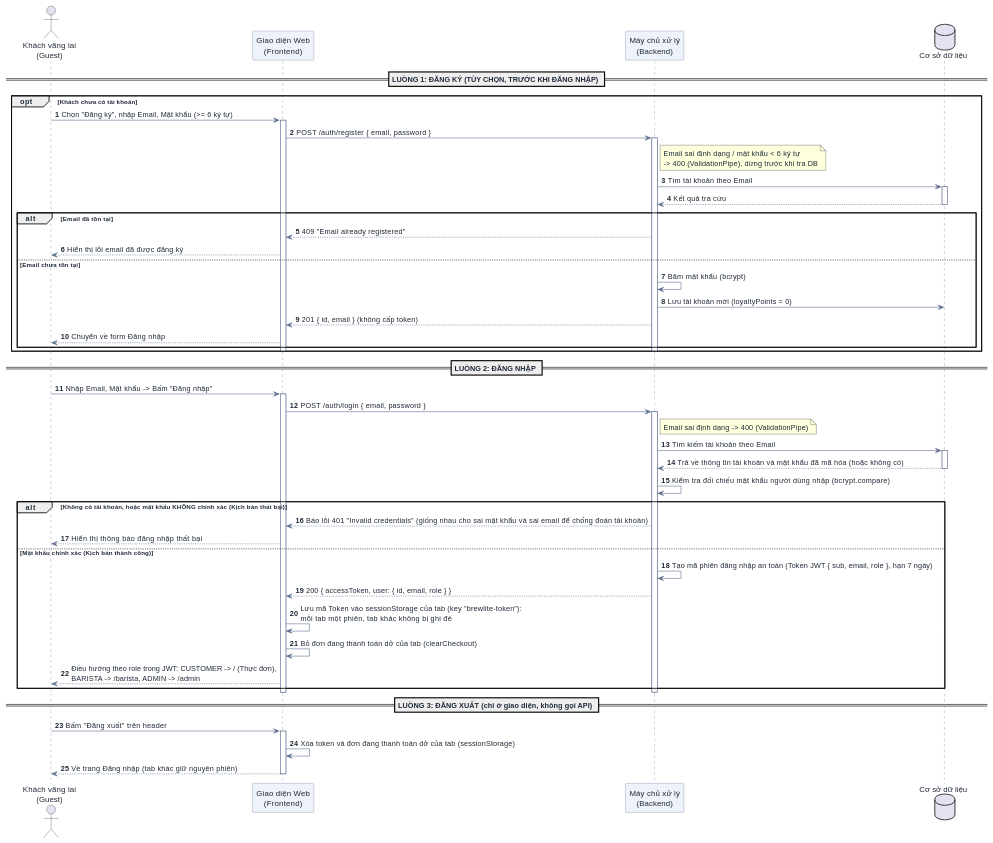
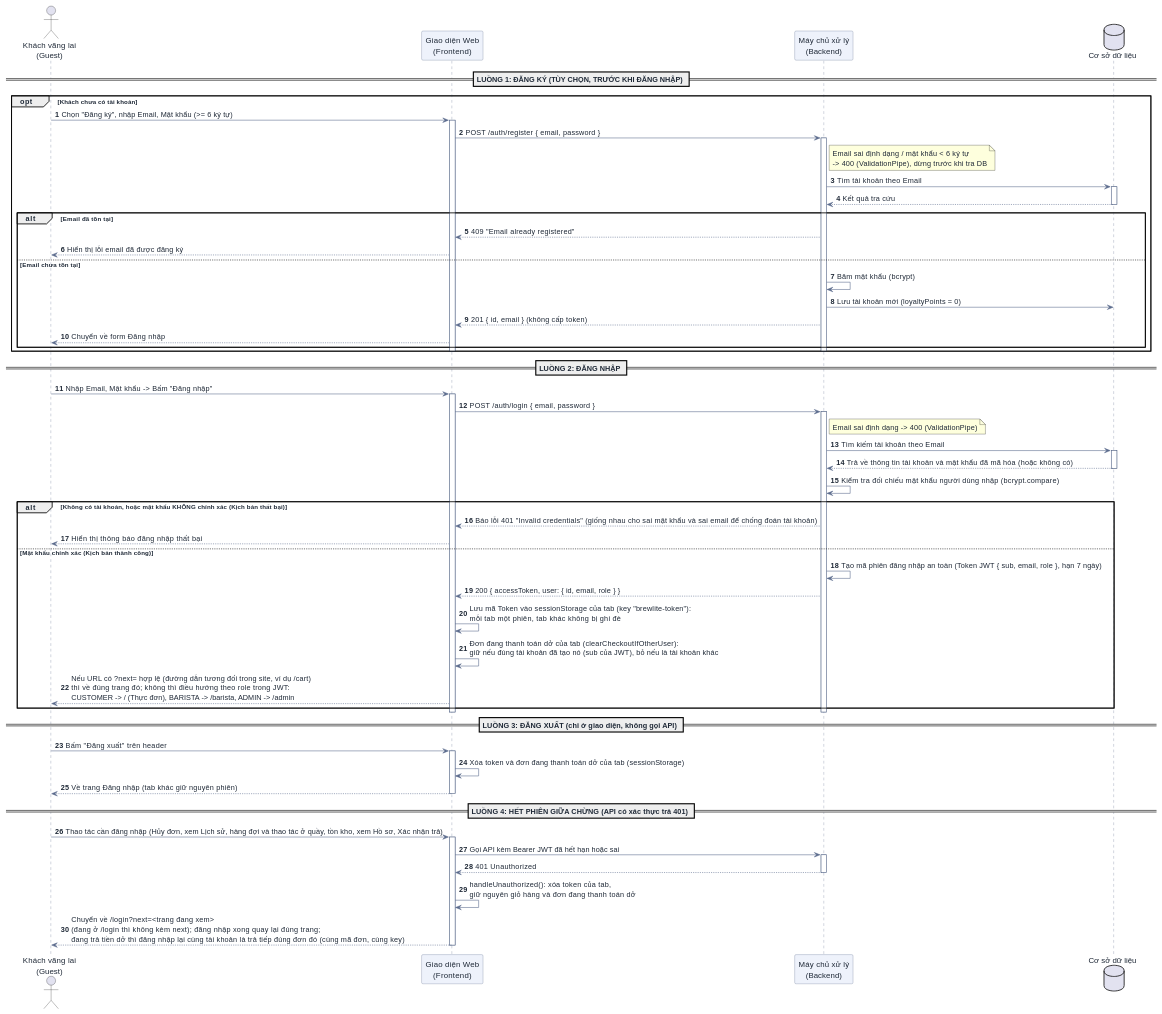
The third of 9 diagrams in docs/user-sequence-specifications.md (DuVinhLoi/BrewLite), drawn with PlantUML before and after one commit. The commit also changed other lines of this file and 62 other files, not shown here.

````diff
--- a/docs/user-sequence-specifications.md
+++ b/docs/user-sequence-specifications.md
@@ -281,8 +288,8 @@
     BE -> BE : Tạo mã phiên đăng nhập an toàn (Token JWT { sub, email, role }, hạn 7 ngày)
     BE --> FE : 200 { accessToken, user: { id, email, role } }
     FE -> FE : Lưu mã Token vào sessionStorage của tab (key "brewlite-token"):\nmỗi tab một phiên, tab khác không bị ghi đè
-    FE -> FE : Bỏ đơn đang thanh toán dở của tab (clearCheckout)
-    FE --> User : Điều hướng theo role trong JWT: CUSTOMER -> / (Thực đơn),\nBARISTA -> /barista, ADMIN -> /admin
+    FE -> FE : Đơn đang thanh toán dở của tab (clearCheckoutIfOtherUser):\ngiữ nếu đúng tài khoản đã tạo nó (sub của JWT), bỏ nếu là tài khoản khác
+    FE --> User : Nếu URL có ?next= hợp lệ (đường dẫn tương đối trong site, ví dụ /cart)\nthì về đúng trang đó; không thì điều hướng theo role trong JWT:\nCUSTOMER -> / (Thực đơn), BARISTA -> /barista, ADMIN -> /admin
 end
 deactivate BE
 deactivate FE
@@ -293,5 +300,16 @@
 FE -> FE : Xóa token và đơn đang thanh toán dở của tab (sessionStorage)
 FE --> User : Về trang Đăng nhập (tab khác giữ nguyên phiên)
 deactivate FE
+
+== LUỒNG 4: HẾT PHIÊN GIỮA CHỪNG (API có xác thực trả 401) ==
+User -> FE : Thao tác cần đăng nhập (Hủy đơn, xem Lịch sử, hàng đợi và thao tác ở quầy, tồn kho, xem Hồ sơ, Xác nhận trả)
+activate FE
+FE -> BE : Gọi API kèm Bearer JWT đã hết hạn hoặc sai
+activate BE
+BE --> FE : 401 Unauthorized
+deactivate BE
+FE -> FE : handleUnauthorized(): xóa token của tab,\ngiữ nguyên giỏ hàng và đơn đang thanh toán dở
+FE --> User : Chuyển về /login?next=<trang đang xem>\n(đang ở /login thì không kèm next); đăng nhập xong quay lại đúng trang;\nđang trả tiền dở thì đăng nhập lại cùng tài khoản là trả tiếp đúng đơn đó (cùng mã đơn, cùng key)
+deactivate FE
 @enduml
 ```
````
